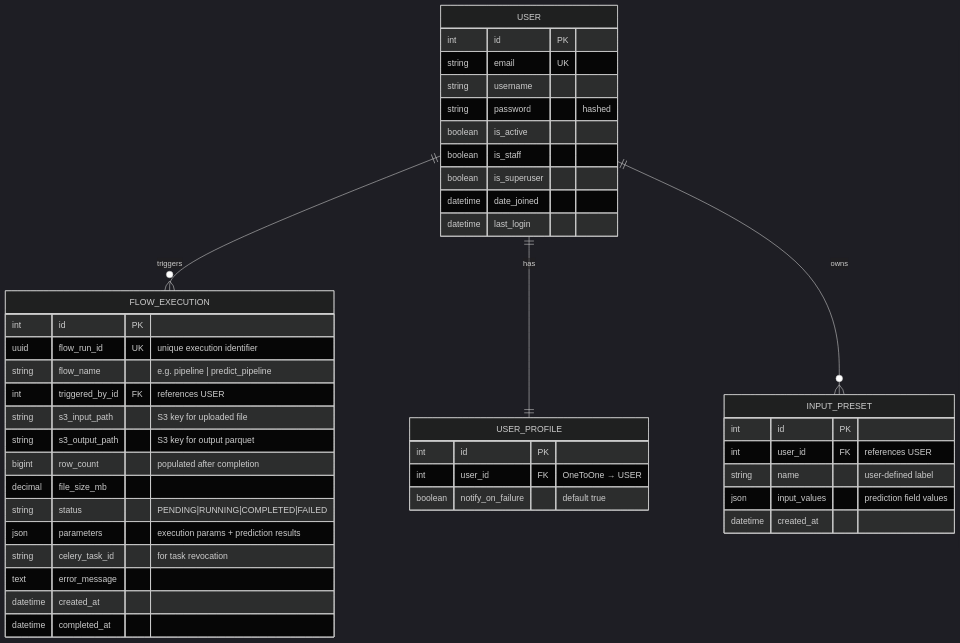
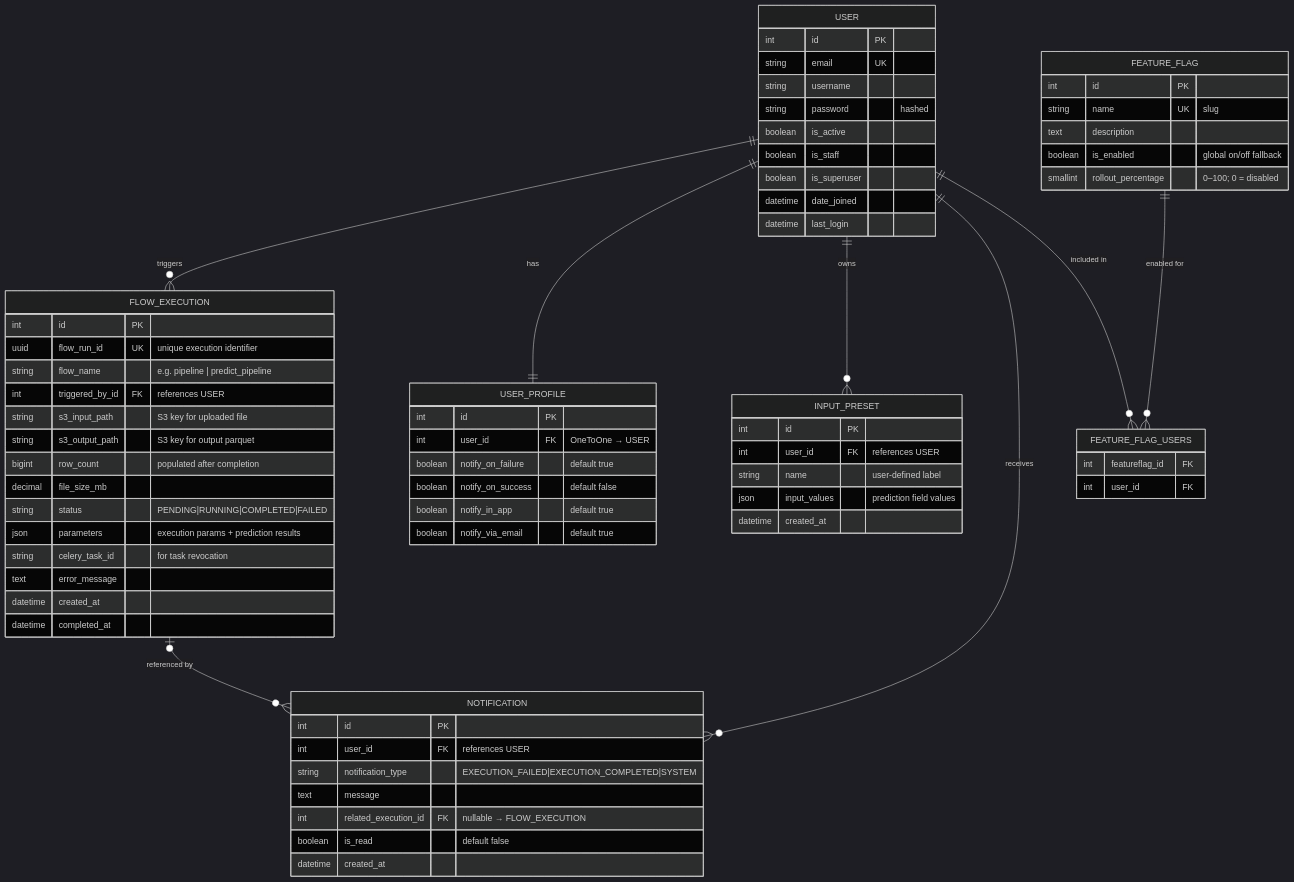
The diagram in docs/data-model.mmd (cxhandley/django-prefect-template), drawn with Mermaid (dark theme) before and after one commit. The commit also changed 28 other files, not shown here.

```diff
--- a/docs/data-model.mmd
+++ b/docs/data-model.mmd
@@ -1,59 +1,89 @@
 erDiagram
     %% ============================================
     %% IMPLEMENTED — reflects backend/apps/flows/models.py
     %% Django's built-in User model is used for authentication
     %% ============================================
 
     USER {
         int id PK
         string email UK
         string username
         string password "hashed"
         boolean is_active
         boolean is_staff
         boolean is_superuser
         datetime date_joined
         datetime last_login
     }
 
     FLOW_EXECUTION {
         int id PK
         uuid flow_run_id UK "unique execution identifier"
         string flow_name "e.g. pipeline | predict_pipeline"
         int triggered_by_id FK "references USER"
         string s3_input_path "S3 key for uploaded file"
         string s3_output_path "S3 key for output parquet"
         bigint row_count "populated after completion"
         decimal file_size_mb
         string status "PENDING|RUNNING|COMPLETED|FAILED"
         json parameters "execution params + prediction results"
         string celery_task_id "for task revocation"
         text error_message
         datetime created_at
         datetime completed_at
     }
 
     USER_PROFILE {
         int id PK
         int user_id FK "OneToOne → USER"
         boolean notify_on_failure "default true"
+        boolean notify_on_success "default false"
+        boolean notify_in_app "default true"
+        boolean notify_via_email "default true"
     }
 
     INPUT_PRESET {
         int id PK
         int user_id FK "references USER"
         string name "user-defined label"
         json input_values "prediction field values"
         datetime created_at
     }
 
+    NOTIFICATION {
+        int id PK
+        int user_id FK "references USER"
+        string notification_type "EXECUTION_FAILED|EXECUTION_COMPLETED|SYSTEM"
+        text message
+        int related_execution_id FK "nullable → FLOW_EXECUTION"
+        boolean is_read "default false"
+        datetime created_at
+    }
+
+    FEATURE_FLAG {
+        int id PK
+        string name UK "slug"
+        text description
+        boolean is_enabled "global on/off fallback"
+        smallint rollout_percentage "0–100; 0 = disabled"
+    }
+
+    FEATURE_FLAG_USERS {
+        int featureflag_id FK
+        int user_id FK
+    }
+
     USER ||--o{ FLOW_EXECUTION : "triggers"
     USER ||--|| USER_PROFILE : "has"
     USER ||--o{ INPUT_PRESET : "owns"
+    USER ||--o{ NOTIFICATION : "receives"
+    FLOW_EXECUTION |o--o{ NOTIFICATION : "referenced by"
+    FEATURE_FLAG ||--o{ FEATURE_FLAG_USERS : "enabled for"
+    USER ||--o{ FEATURE_FLAG_USERS : "included in"
 
     %% ============================================
     %% NOT YET IMPLEMENTED — planned for future epics
     %% ============================================
 
     %% EXECUTION_COMPARISON — persist named comparisons (Epic 4)
     %% ADMIN_ACTION_LOG — audit trail for admin actions (Epic 5)
```
